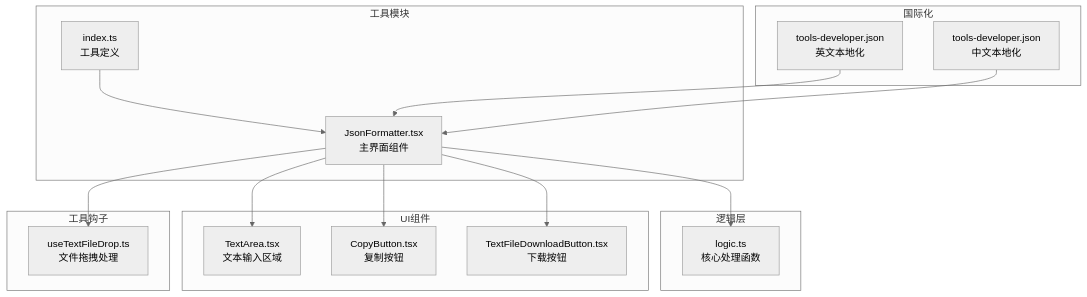
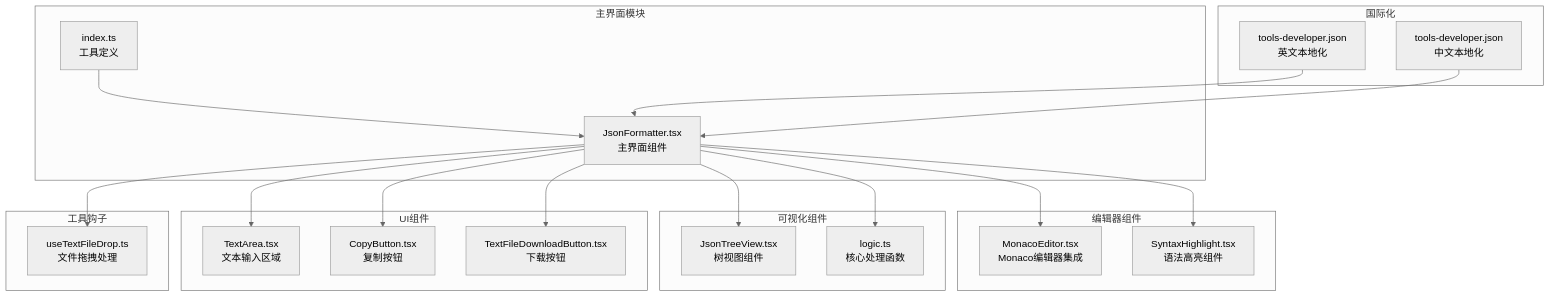
The first of 5 diagrams in .qoder/repowiki/zh/content/开发者工具/JSON格式化工具.md (sgyy/privadeck), drawn with Mermaid (neutral theme) before and after one commit. The commit also changed other lines of this file and 4 other files, not shown here.

````diff
--- a/.qoder/repowiki/zh/content/开发者工具/JSON格式化工具.md
+++ b/.qoder/repowiki/zh/content/开发者工具/JSON格式化工具.md
@@ -45,30 +64,38 @@
 ```mermaid
 graph TB
-subgraph "工具模块"
+subgraph "主界面模块"
 A[JsonFormatter.tsx<br/>主界面组件]
 B[index.ts<br/>工具定义]
 end
-subgraph "逻辑层"
-C[logic.ts<br/>核心处理函数]
+subgraph "编辑器组件"
+C[MonacoEditor.tsx<br/>Monaco编辑器集成]
+D[SyntaxHighlight.tsx<br/>语法高亮组件]
+end
+subgraph "可视化组件"
+E[JsonTreeView.tsx<br/>树视图组件]
+F[logic.ts<br/>核心处理函数]
 end
 subgraph "UI组件"
-D[TextArea.tsx<br/>文本输入区域]
-E[CopyButton.tsx<br/>复制按钮]
-F[TextFileDownloadButton.tsx<br/>下载按钮]
+G[TextArea.tsx<br/>文本输入区域]
+H[CopyButton.tsx<br/>复制按钮]
+I[TextFileDownloadButton.tsx<br/>下载按钮]
 end
 subgraph "工具钩子"
-G[useTextFileDrop.ts<br/>文件拖拽处理]
+J[useTextFileDrop.ts<br/>文件拖拽处理]
 end
 subgraph "国际化"
-H[tools-developer.json<br/>英文本地化]
-I[tools-developer.json<br/>中文本地化]
+K[tools-developer.json<br/>英文本地化]
+L[tools-developer.json<br/>中文本地化]
 end
 A --> C
 A --> D
 A --> E
 A --> F
 A --> G
+A --> H
+A --> I
+A --> J
 B --> A
-H --> A
-I --> A
+K --> A
+L --> A
 ```
````
